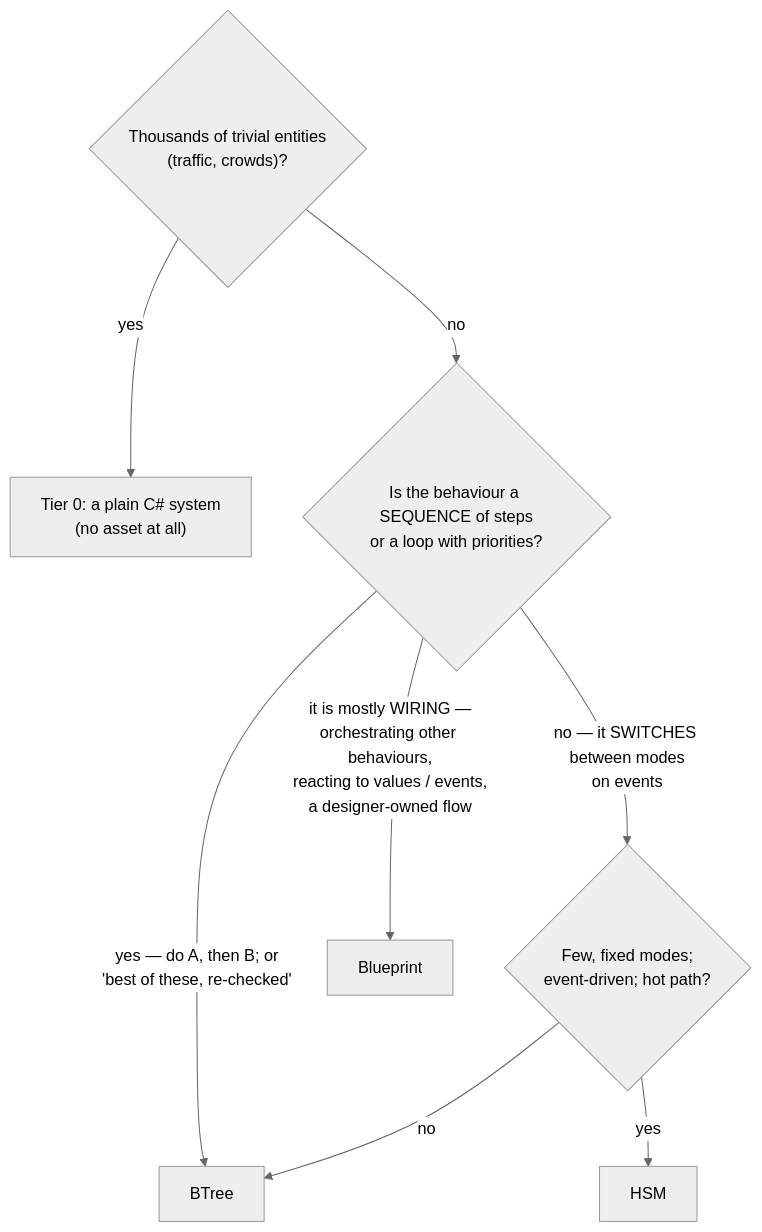
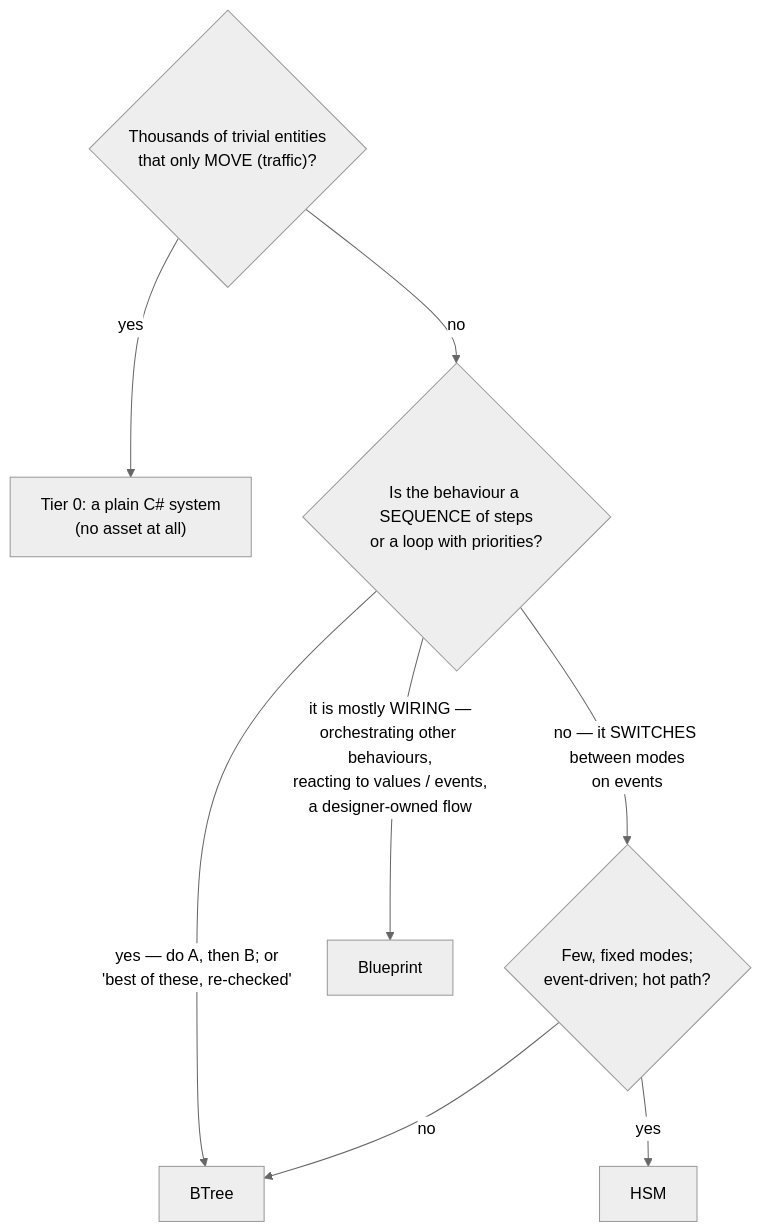
One commit to pjanec/HROT changed the second of 12 diagrams in docs/TUTORIAL_Behaviour_Composition.md. Above: the diagram before and after it, drawn with Mermaid (neutral theme). The commit also changed other lines of this file and 2 other files, not shown here.

First line of the commit message:
CE-2235: ua-civ-routine-alarm in-process twin; tutorial Tier-0 row reconciled with R-263

````diff
--- a/docs/TUTORIAL_Behaviour_Composition.md
+++ b/docs/TUTORIAL_Behaviour_Composition.md
@@ -56,10 +56,10 @@
 ```mermaid
 graph TD
-  Q0{"Thousands of trivial entities<br/>(traffic, crowds)?"} -->|yes| T0["Tier 0: a plain C# system<br/>(no asset at all)"]
+  Q0{"Thousands of trivial entities<br/>that only MOVE (traffic)?"} -->|yes| T0["Tier 0: a plain C# system<br/>(no asset at all)"]
   Q0 -->|no| Q1{"Is the behaviour a SEQUENCE of steps<br/>or a loop with priorities?"}
   Q1 -->|"yes — do A, then B; or<br/>'best of these, re-checked'"| BT["BTree"]
   Q1 -->|"no — it SWITCHES between modes<br/>on events"| Q2{"Few, fixed modes;<br/>event-driven; hot path?"}
   Q2 -->|yes| HSM["HSM"]
   Q2 -->|no| BT
   Q1 -->|"it is mostly WIRING —<br/>orchestrating other behaviours,<br/>reacting to values / events,<br/>a designer-owned flow"| BP["Blueprint"]
 ```
````
